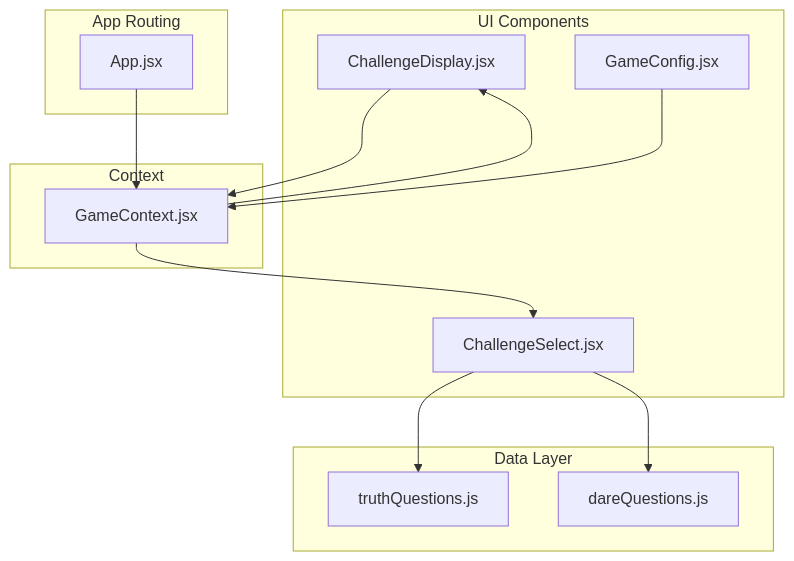
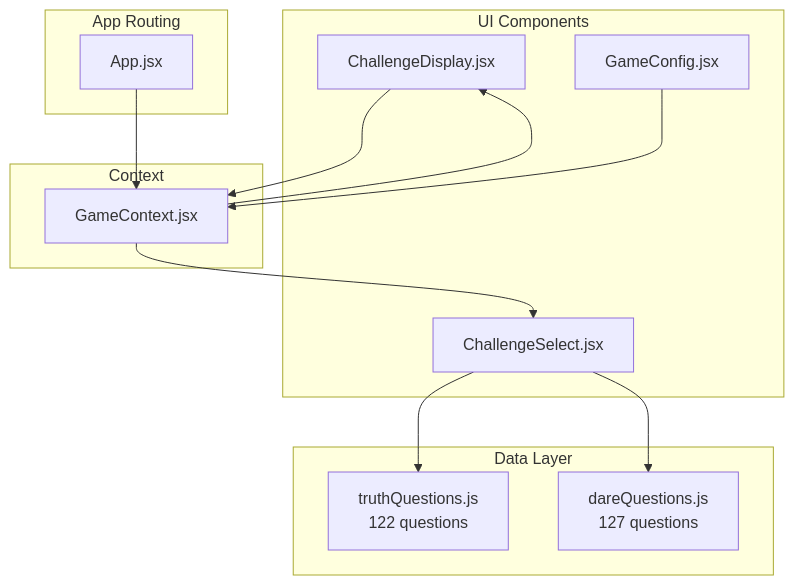
One commit to pankehan11-afk/Truth_or_Dare changed the first of 7 diagrams in .qoder/repowiki/en/content/Question Data System.md. Above: the diagram before and after it, drawn with Mermaid. The commit also changed other lines of this file and 46 other files, not shown here.

````diff
--- a/.qoder/repowiki/en/content/Question Data System.md
+++ b/.qoder/repowiki/en/content/Question Data System.md
@@ -32,25 +40,25 @@
 ```mermaid
 graph TB
 subgraph "Data Layer"
-TQ["truthQuestions.js"]
-DQ["dareQuestions.js"]
+TQ["truthQuestions.js<br/>122 questions"]
+DQ["dareQuestions.js<br/>127 questions"]
 end
 subgraph "UI Components"
 CS["ChallengeSelect.jsx"]
 CD["ChallengeDisplay.jsx"]
 GC["GameConfig.jsx"]
 end
 subgraph "Context"
 GCTX["GameContext.jsx"]
 end
 subgraph "App Routing"
 APP["App.jsx"]
 end
 APP --> GCTX
 GCTX --> CS
 GCTX --> CD
 CS --> TQ
 CS --> DQ
 CD --> GCTX
 GC --> GCTX
 ```
````
